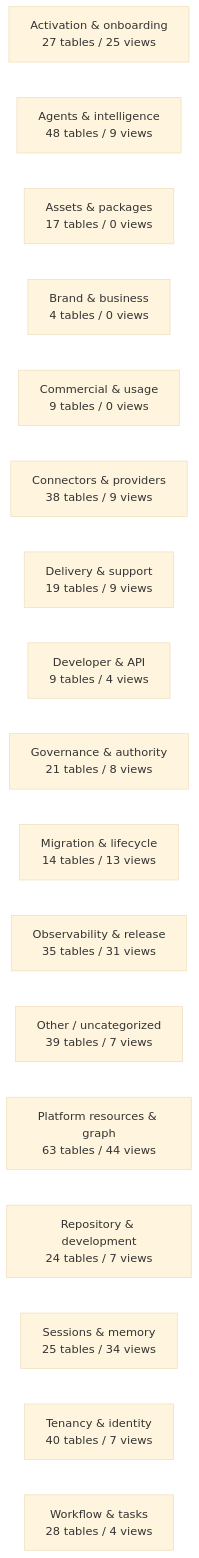
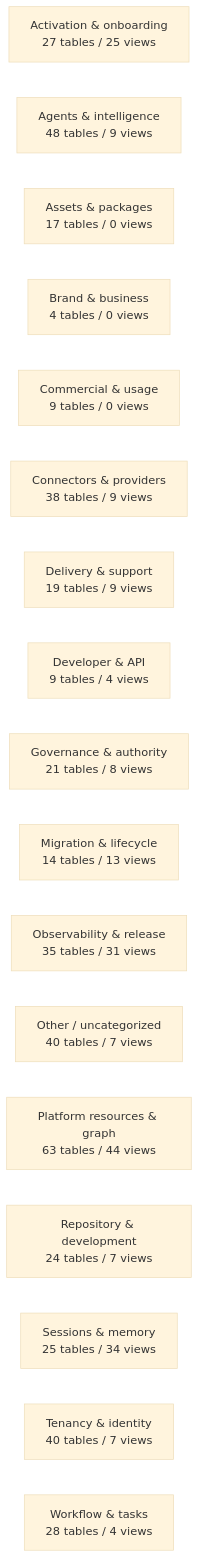
Before and after one commit to mad4bdigital-ai/multi-business-multi-role-growth-intelligence-os: the diagram in docs/work-maps/data-model-domain-map.md, drawn with Mermaid (base theme). The commit also changed other lines of this file and 5 other files, not shown here.

````diff
--- a/docs/work-maps/data-model-domain-map.md
+++ b/docs/work-maps/data-model-domain-map.md
@@ -9,20 +9,20 @@
 ```mermaid
 flowchart LR
   n_Activation___onboarding["Activation & onboarding<br/>27 tables / 25 views"]
   n_Agents___intelligence["Agents & intelligence<br/>48 tables / 9 views"]
   n_Assets___packages["Assets & packages<br/>17 tables / 0 views"]
   n_Brand___business["Brand & business<br/>4 tables / 0 views"]
   n_Commercial___usage["Commercial & usage<br/>9 tables / 0 views"]
   n_Connectors___providers["Connectors & providers<br/>38 tables / 9 views"]
   n_Delivery___support["Delivery & support<br/>19 tables / 9 views"]
   n_Developer___API["Developer & API<br/>9 tables / 4 views"]
   n_Governance___authority["Governance & authority<br/>21 tables / 8 views"]
   n_Migration___lifecycle["Migration & lifecycle<br/>14 tables / 13 views"]
   n_Observability___release["Observability & release<br/>35 tables / 31 views"]
-  n_Other___uncategorized["Other / uncategorized<br/>39 tables / 7 views"]
+  n_Other___uncategorized["Other / uncategorized<br/>40 tables / 7 views"]
   n_Platform_resources___graph["Platform resources & graph<br/>63 tables / 44 views"]
   n_Repository___development["Repository & development<br/>24 tables / 7 views"]
   n_Sessions___memory["Sessions & memory<br/>25 tables / 34 views"]
   n_Tenancy___identity["Tenancy & identity<br/>40 tables / 7 views"]
   n_Workflow___tasks["Workflow & tasks<br/>28 tables / 4 views"]
 ```
````
